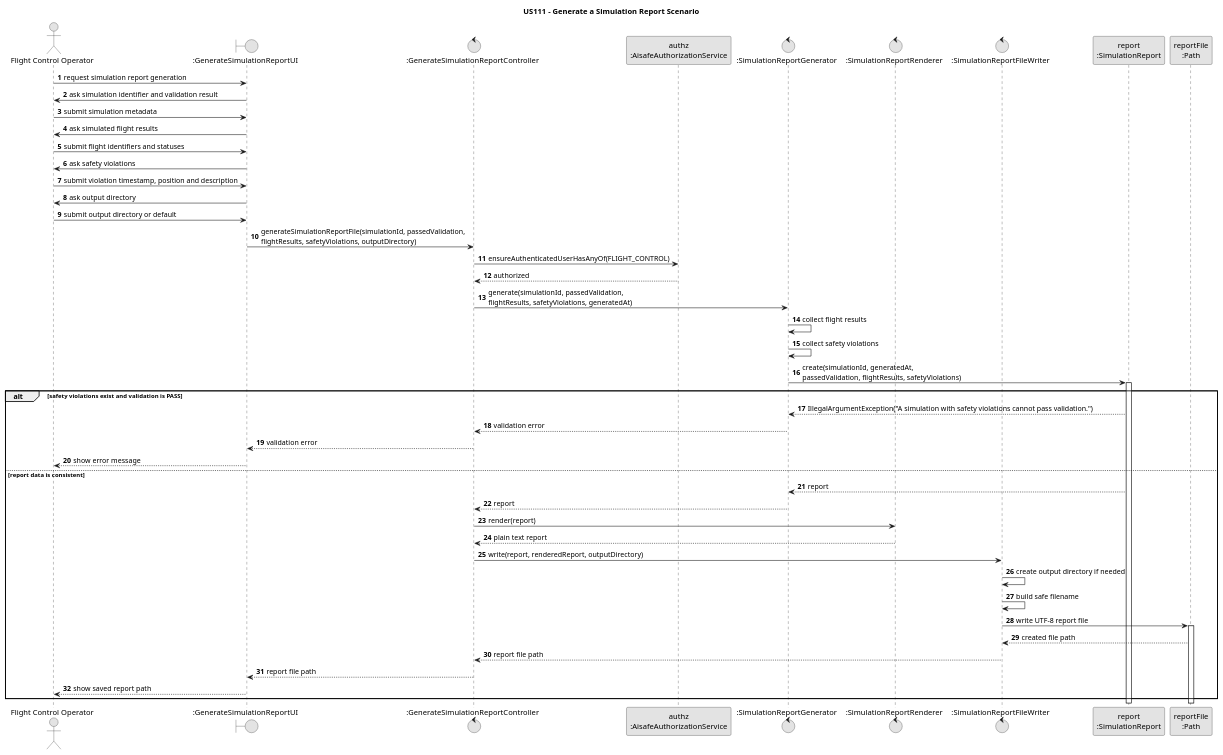
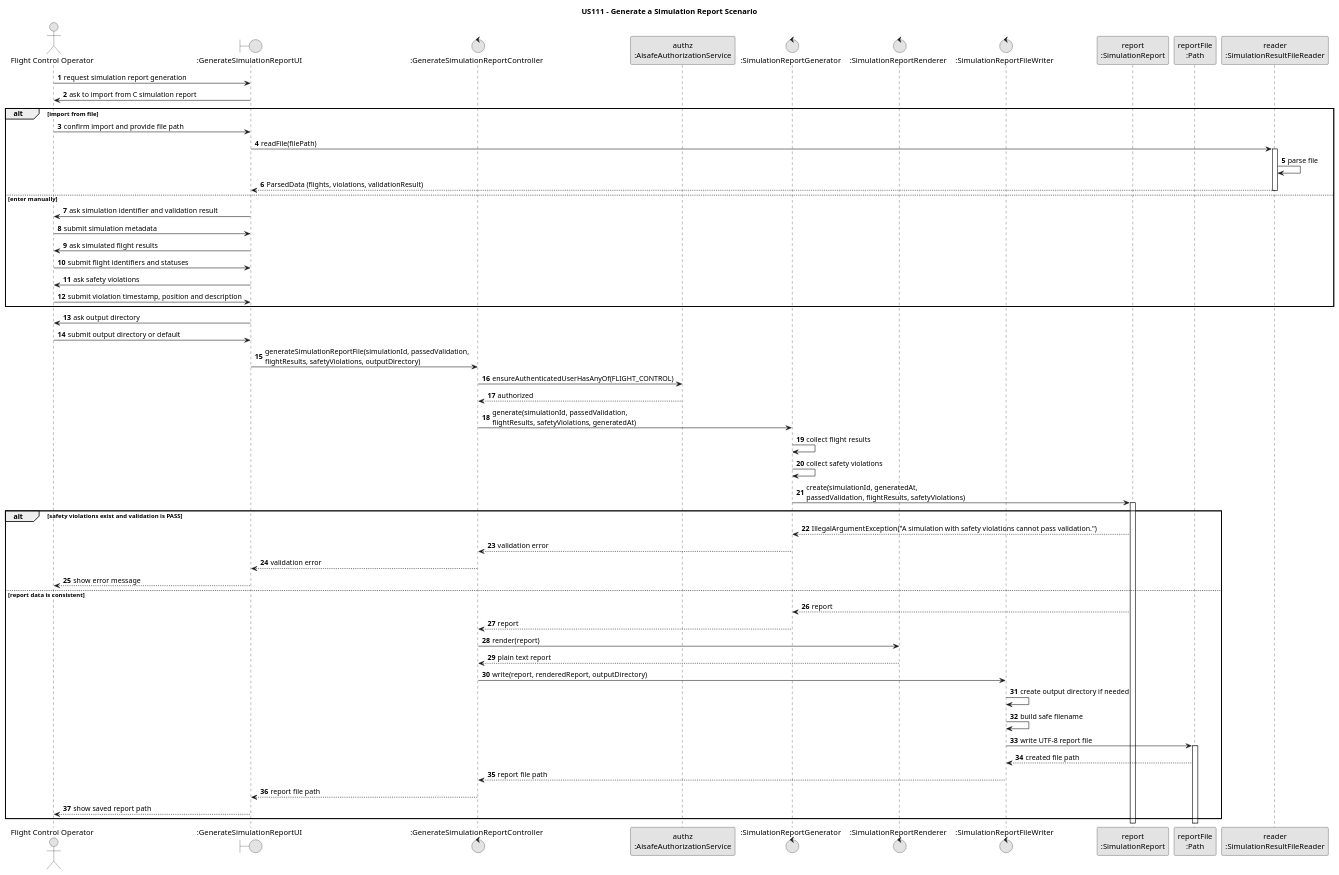
Before and after one commit to GustavoFerreira24/flight-management-platform: the diagram in docs/us_111/sequence-diagram-111.puml, drawn with PlantUML. The commit also changed 11 other files, not shown here.

Commit message:
US111(DOCS): Add sequence diagram for `Generate a Simulation Report Scenario`. Include SVG under `docs/us_111/svg`. [#212]

```diff
--- a/docs/us_111/sequence-diagram-111.puml
+++ b/docs/us_111/sequence-diagram-111.puml
@@ -1,61 +1,72 @@
 @startuml
 title US111 - Generate a Simulation Report Scenario
 
 skinparam monochrome true
 skinparam packageStyle rectangle
 skinparam shadowing false
 
 autonumber
 
 actor "Flight Control Operator" as FCO
 boundary ":GenerateSimulationReportUI" as UI
 control ":GenerateSimulationReportController" as C
 participant "authz\n:AisafeAuthorizationService" as Authz
 control ":SimulationReportGenerator" as Generator
 control ":SimulationReportRenderer" as Renderer
 control ":SimulationReportFileWriter" as Writer
 participant "report\n:SimulationReport" as Report
 participant "reportFile\n:Path" as ReportFile
 
+participant "reader\n:SimulationResultFileReader" as Reader
+
 FCO -> UI : request simulation report generation
-UI -> FCO : ask simulation identifier and validation result
-FCO -> UI : submit simulation metadata
-UI -> FCO : ask simulated flight results
-FCO -> UI : submit flight identifiers and statuses
-UI -> FCO : ask safety violations
-FCO -> UI : submit violation timestamp, position and description
+UI -> FCO : ask to import from C simulation report
+alt import from file
+    FCO -> UI : confirm import and provide file path
+    UI -> Reader ++ : readFile(filePath)
+    Reader -> Reader : parse file
+    Reader --> UI -- : ParsedData (flights, violations, validationResult)
+else enter manually
+    UI -> FCO : ask simulation identifier and validation result
+    FCO -> UI : submit simulation metadata
+    UI -> FCO : ask simulated flight results
+    FCO -> UI : submit flight identifiers and statuses
+    UI -> FCO : ask safety violations
+    FCO -> UI : submit violation timestamp, position and description
+end
+
 UI -> FCO : ask output directory
 FCO -> UI : submit output directory or default
 
 UI -> C : generateSimulationReportFile(simulationId, passedValidation,\nflightResults, safetyViolations, outputDirectory)
 C -> Authz : ensureAuthenticatedUserHasAnyOf(FLIGHT_CONTROL)
 Authz --> C : authorized
 
 C -> Generator : generate(simulationId, passedValidation,\nflightResults, safetyViolations, generatedAt)
 Generator -> Generator : collect flight results
 Generator -> Generator : collect safety violations
 Generator -> Report ++ : create(simulationId, generatedAt,\npassedValidation, flightResults, safetyViolations)
 
 alt safety violations exist and validation is PASS
     Report --> Generator : IllegalArgumentException("A simulation with safety violations cannot pass validation.")
     Generator --> C : validation error
     C --> UI : validation error
     UI --> FCO : show error message
 else report data is consistent
     Report --> Generator : report
     Generator --> C : report
 
     C -> Renderer : render(report)
     Renderer --> C : plain text report
 
     C -> Writer : write(report, renderedReport, outputDirectory)
     Writer -> Writer : create output directory if needed
     Writer -> Writer : build safe filename
     Writer -> ReportFile ++ : write UTF-8 report file
     ReportFile --> Writer : created file path
     Writer --> C : report file path
     C --> UI : report file path
     UI --> FCO : show saved report path
 end
 
 @enduml
```
